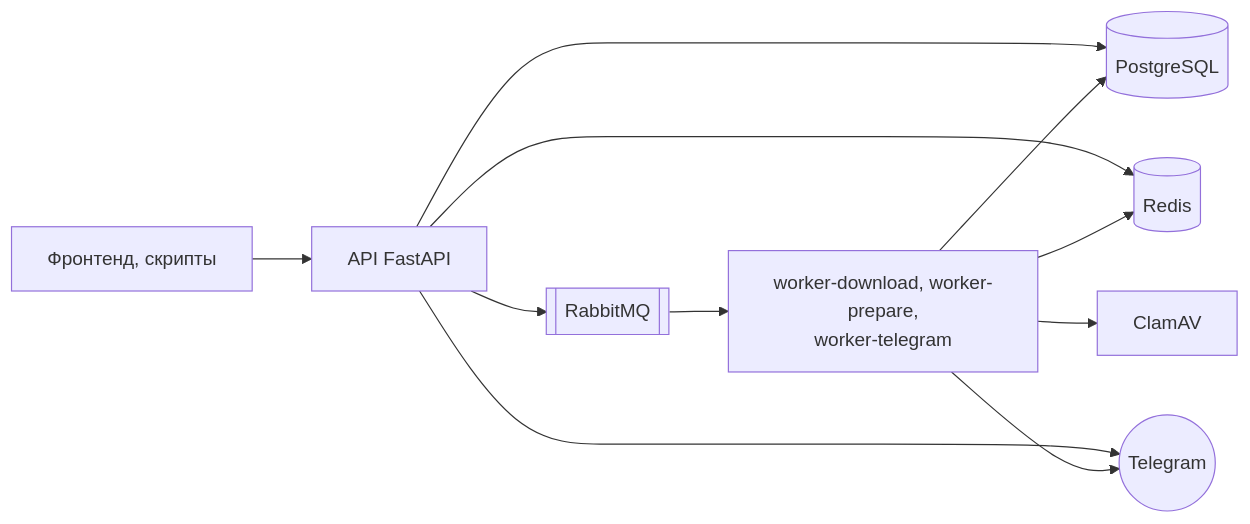
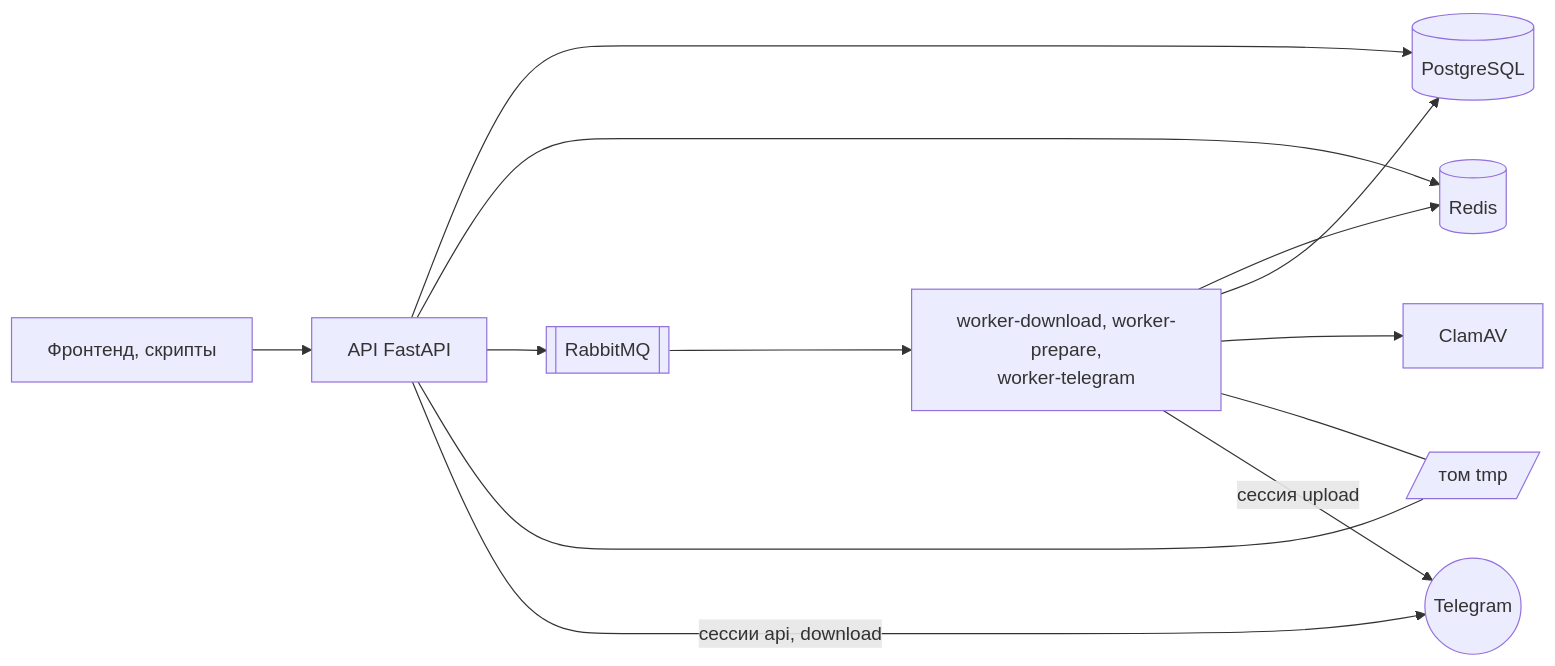
The first of 2 diagrams in README.md (NikitkaZXC/tcloud-backend), drawn with Mermaid before and after one commit. The commit also changed other lines of this file and 4 other files, not shown here.

Commit message:
docs: short README with diagrams and endpoint table, details moved to docs

````diff
--- a/README.md
+++ b/README.md
@@ -24,13 +12,14 @@
 ```mermaid
 flowchart LR
     client["Фронтенд, скрипты"] --> api["API FastAPI"]
     api --> pg[("PostgreSQL")]
     api --> redis[("Redis")]
     api --> mq[["RabbitMQ"]]
     mq --> workers["worker-download, worker-prepare,<br/>worker-telegram"]
     workers --> redis
     workers --> pg
     workers --> clam["ClamAV"]
-    api --> tg(("Telegram"))
-    workers --> tg
+    api & workers --- tmp[/"том tmp"/]
+    api -- "сессии api, download" --> tg(("Telegram"))
+    workers -- "сессия upload" --> tg
 ```
````
